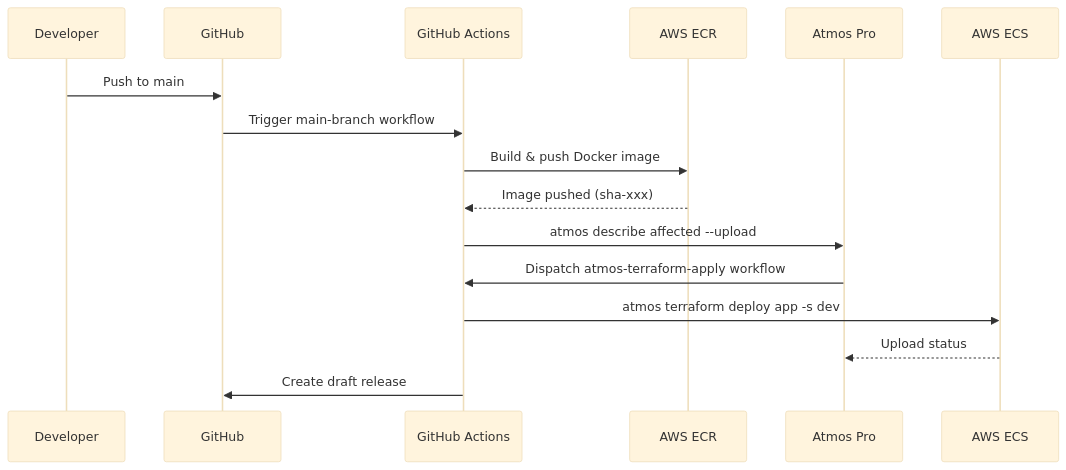
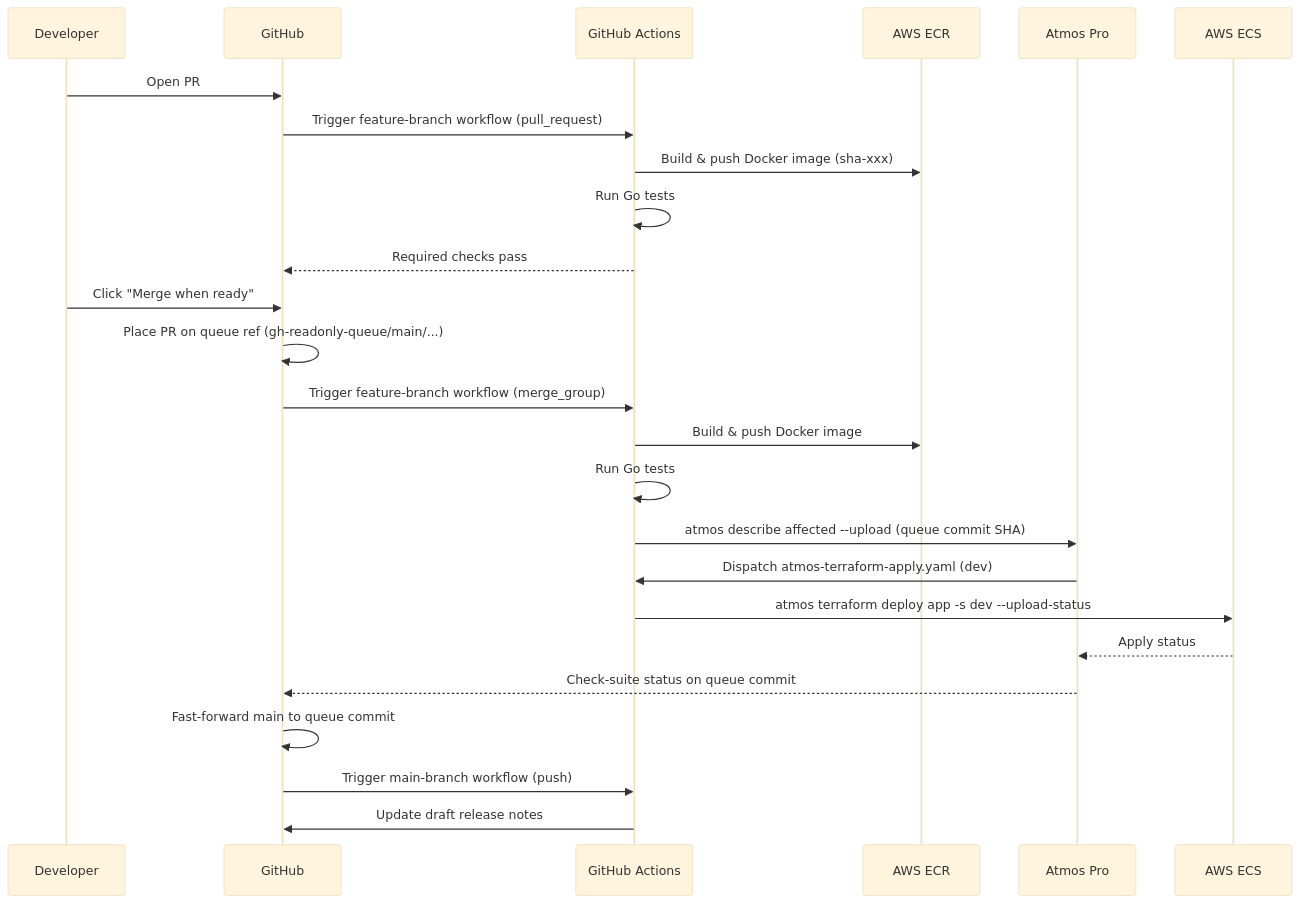
One commit to cloudposse-examples/atmos-pro-with-ecs changed the first of 5 diagrams in .github/workflows/README.md. Above: the diagram before and after it, drawn with Mermaid (base theme). The commit also changed other lines of this file and 11 other files, not shown here.

First line of the commit message:
Run Atmos jobs in cloudposse/atmos container; add merge-queue and release dispatch

````diff
--- a/.github/workflows/README.md
+++ b/.github/workflows/README.md
@@ -19,19 +47,28 @@
 ```mermaid
 sequenceDiagram
     participant Dev as Developer
     participant GH as GitHub
     participant GA as GitHub Actions
     participant ECR as AWS ECR
     participant AP as Atmos Pro
     participant ECS as AWS ECS
 
-    Dev->>GH: Push to main
-    GH->>GA: Trigger main-branch workflow
+    Dev->>GH: Open PR
+    GH->>GA: Trigger feature-branch workflow (pull_request)
+    GA->>ECR: Build & push Docker image (sha-xxx)
+    GA->>GA: Run Go tests
+    GA-->>GH: Required checks pass
+    Dev->>GH: Click "Merge when ready"
+    GH->>GH: Place PR on queue ref (gh-readonly-queue/main/...)
+    GH->>GA: Trigger feature-branch workflow (merge_group)
     GA->>ECR: Build & push Docker image
-    ECR-->>GA: Image pushed (sha-xxx)
-    GA->>AP: atmos describe affected --upload
-    AP->>GA: Dispatch atmos-terraform-apply workflow
-    GA->>ECS: atmos terraform deploy app -s dev
-    ECS-->>AP: Upload status
-    GA->>GH: Create draft release
+    GA->>GA: Run Go tests
+    GA->>AP: atmos describe affected --upload (queue commit SHA)
+    AP->>GA: Dispatch atmos-terraform-apply.yaml (dev)
+    GA->>ECS: atmos terraform deploy app -s dev --upload-status
+    ECS-->>AP: Apply status
+    AP-->>GH: Check-suite status on queue commit
+    GH->>GH: Fast-forward main to queue commit
+    GH->>GA: Trigger main-branch workflow (push)
+    GA->>GH: Update draft release notes
 ```
````
